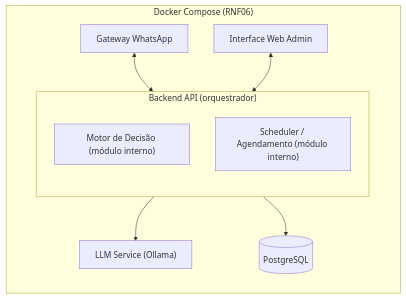
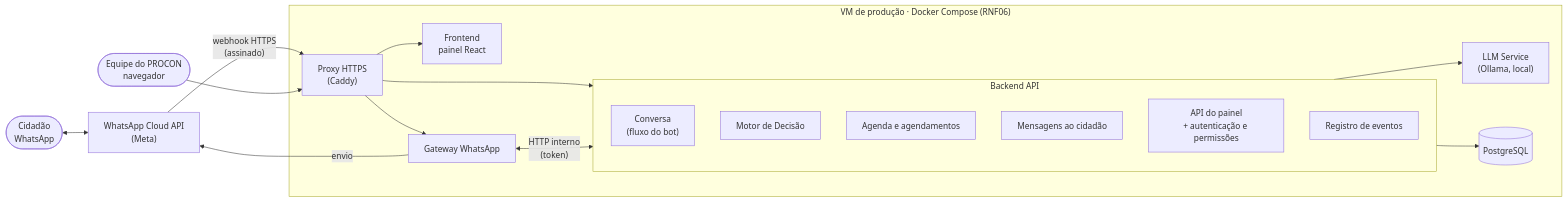
The first of 2 diagrams in .docs/architecture/architecture.md (Steel-Hard/ProconChat_Jacarei), drawn with Mermaid before and after one commit. The commit also changed other lines of this file and 13 other files, not shown here.

````diff
--- a/.docs/architecture/architecture.md
+++ b/.docs/architecture/architecture.md
@@ -7,21 +9,36 @@
 ```mermaid
 flowchart LR
-    subgraph compose["Docker Compose (RNF06)"]
+    Cidadao(["Cidadão<br/>WhatsApp"])
+    Equipe(["Equipe do PROCON<br/>navegador"])
+    Meta["WhatsApp Cloud API<br/>(Meta)"]
+
+    subgraph vm["VM de produção · Docker Compose (RNF06)"]
+        Proxy["Proxy HTTPS<br/>(Caddy)"]
+        Front["Frontend<br/>painel React"]
         Gateway["Gateway WhatsApp"]
-        Admin["Interface Web Admin"]
 
-        subgraph Backend["Backend API (orquestrador)"]
+        subgraph Backend["Backend API"]
             direction TB
-            MotorDecisao["Motor de Decisão (módulo interno)"]
-            Scheduler["Scheduler / Agendamento (módulo interno)"]
+            Conversa["Conversa<br/>(fluxo do bot)"]
+            Motor["Motor de Decisão"]
+            Agenda["Agenda e agendamentos"]
+            Avisos["Mensagens ao cidadão"]
+            Painel["API do painel<br/>+ autenticação e permissões"]
+            Registro["Registro de eventos"]
         end
 
-        LLM["LLM Service (Ollama)"]
+        LLM["LLM Service<br/>(Ollama, local)"]
         DB[("PostgreSQL")]
+    end
 
-        Gateway <--> Backend
-        Admin <--> Backend
-        Backend --> LLM
-        Backend --> DB
-    end
+    Cidadao <--> Meta
+    Meta -- "webhook HTTPS<br/>(assinado)" --> Proxy
+    Proxy --> Gateway
+    Gateway -- "envio" --> Meta
+    Equipe --> Proxy
+    Proxy --> Front
+    Proxy --> Painel
+    Gateway <-- "HTTP interno<br/>(token)" --> Conversa
+    Backend --> LLM
+    Backend --> DB
 ```
````
